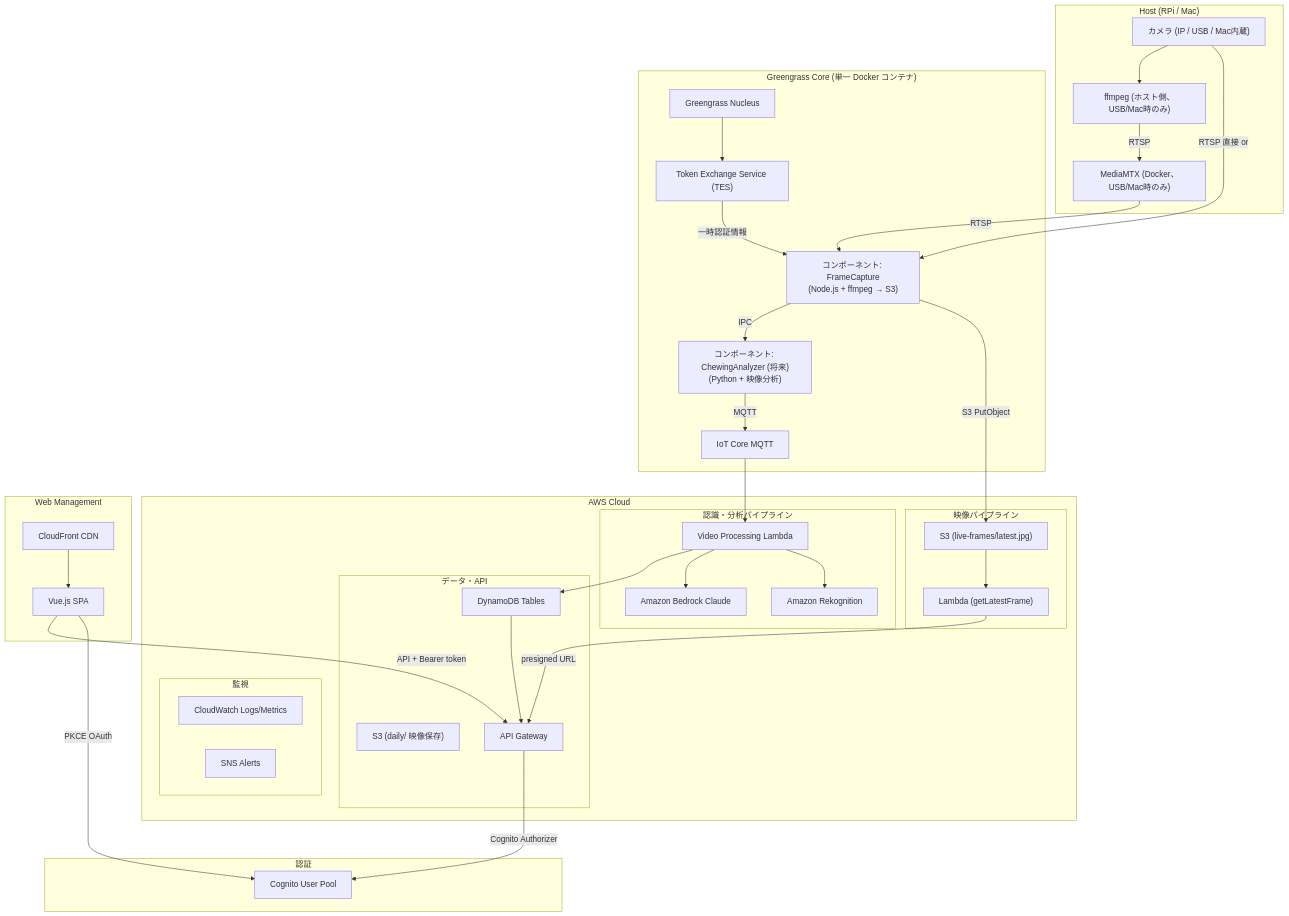
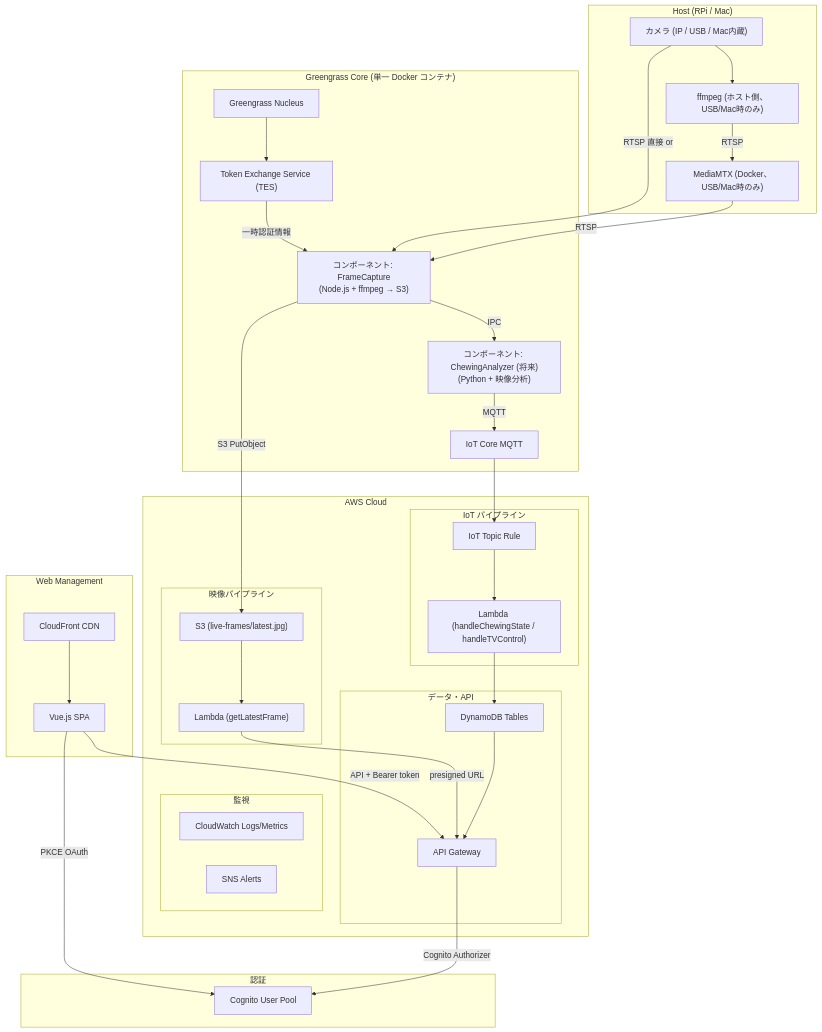
One commit to ikeom-je/NoEatToStop changed the diagram in .kiro/specs/design.md. Above: the diagram before and after it, drawn with Mermaid. The commit also changed other lines of this file and 10 other files, not shown here.

First line of the commit message:
docs: remove KVS/Rekognition references — not used in current architecture

````diff
--- a/.kiro/specs/design.md
+++ b/.kiro/specs/design.md
@@ -16,71 +16,67 @@
 ```mermaid
 graph TB
     subgraph "Host (RPi / Mac)"
         Camera["カメラ (IP / USB / Mac内蔵)"]
         FFmpegHost["ffmpeg (ホスト側、USB/Mac時のみ)"]
         MediaMTXHost["MediaMTX (Docker、USB/Mac時のみ)"]
     end
 
     subgraph "Greengrass Core (単一 Docker コンテナ)"
         GGNucleus["Greengrass Nucleus"]
         TES["Token Exchange Service (TES)"]
         FrameCaptureComp["コンポーネント: FrameCapture<br/>(Node.js + ffmpeg → S3)"]
         FutureComp["コンポーネント: ChewingAnalyzer (将来)<br/>(Python + 映像分析)"]
         MQTT["IoT Core MQTT"]
     end
 
     subgraph "AWS Cloud"
         subgraph "映像パイプライン"
             S3Live["S3 (live-frames/latest.jpg)"]
             FrameLambda["Lambda (getLatestFrame)"]
         end
-        subgraph "認識・分析パイプライン"
-            Rekognition[Amazon Rekognition]
-            Bedrock[Amazon Bedrock Claude]
-            ProcessingLambda[Video Processing Lambda]
+        subgraph "IoT パイプライン"
+            IoTRule["IoT Topic Rule"]
+            TopicRuleLambda["Lambda (handleChewingState / handleTVControl)"]
         end
         subgraph "データ・API"
-            S3Video["S3 (daily/ 映像保存)"]
             DynamoDB[DynamoDB Tables]
             APIGateway[API Gateway]
         end
         subgraph "監視"
             CloudWatch[CloudWatch Logs/Metrics]
             SNS[SNS Alerts]
         end
     end
 
     subgraph "認証"
         Cognito[Cognito User Pool]
     end
 
     subgraph "Web Management"
         CloudFront[CloudFront CDN]
         VueApp["Vue.js SPA"]
     end
 
     Camera -->|"RTSP 直接 or"| FrameCaptureComp
     Camera --> FFmpegHost
     FFmpegHost -->|RTSP| MediaMTXHost
     MediaMTXHost -->|RTSP| FrameCaptureComp
 
     GGNucleus --> TES
     TES -->|"一時認証情報"| FrameCaptureComp
     FrameCaptureComp -->|"S3 PutObject"| S3Live
     FrameCaptureComp -->|IPC| FutureComp
     FutureComp -->|MQTT| MQTT
-    MQTT --> ProcessingLambda
-
-    ProcessingLambda --> Rekognition
-    ProcessingLambda --> Bedrock
-    ProcessingLambda --> DynamoDB
+    MQTT --> IoTRule
+    IoTRule --> TopicRuleLambda
+    TopicRuleLambda --> DynamoDB
 
     S3Live --> FrameLambda
     FrameLambda -->|"presigned URL"| APIGateway
     DynamoDB --> APIGateway
 
     CloudFront --> VueApp
     VueApp -->|"PKCE OAuth"| Cognito
     VueApp -->|"API + Bearer token"| APIGateway
     APIGateway -->|"Cognito Authorizer"| Cognito
 ```
````
